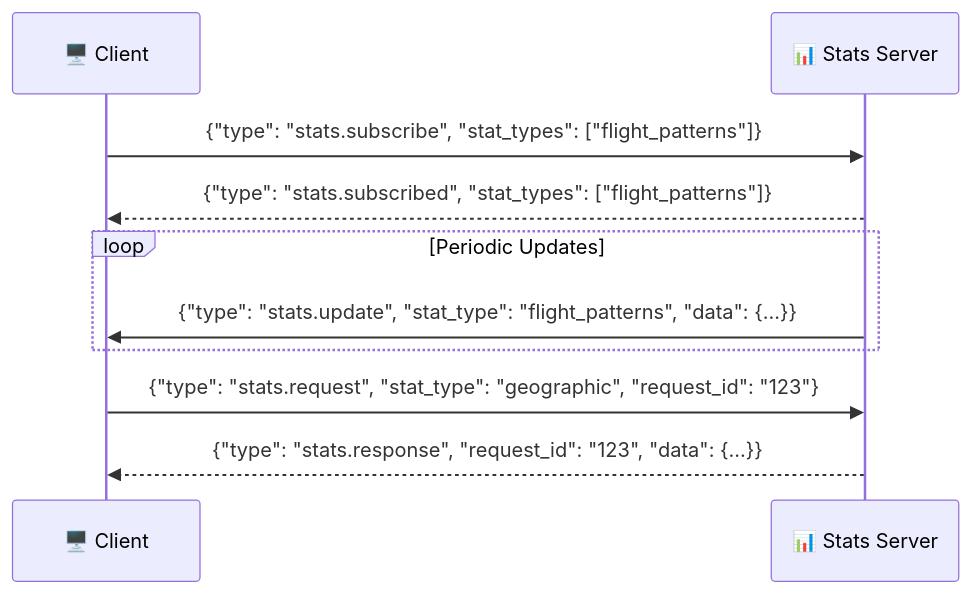
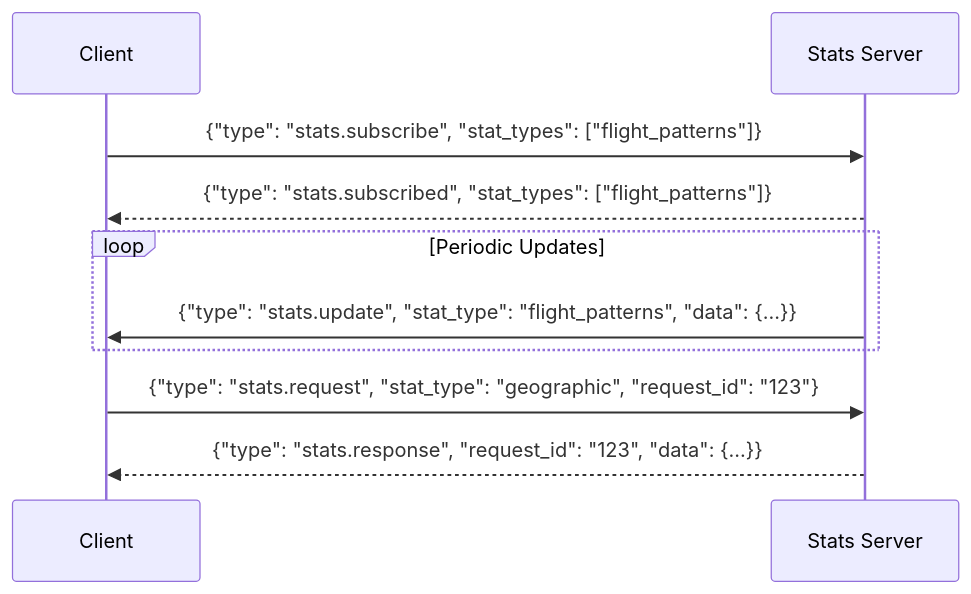
The fifth of 8 diagrams in docs/api-reference/websocket-api.md (CHA0S-CORP/SkySpyDocs), drawn with Mermaid before and after one commit. The commit also changed other lines of this file, not shown here.

````diff
--- a/docs/api-reference/websocket-api.md
+++ b/docs/api-reference/websocket-api.md
@@ -622,15 +620,15 @@
 ```mermaid
 sequenceDiagram
-    participant C as 🖥️ Client
-    participant S as 📊 Stats Server
+    participant C as Client
+    participant S as Stats Server
 
     C->>S: {"type": "stats.subscribe", "stat_types": ["flight_patterns"]}
     S-->>C: {"type": "stats.subscribed", "stat_types": ["flight_patterns"]}
 
     loop Periodic Updates
         S->>C: {"type": "stats.update", "stat_type": "flight_patterns", "data": {...}}
     end
 
     C->>S: {"type": "stats.request", "stat_type": "geographic", "request_id": "123"}
     S-->>C: {"type": "stats.response", "request_id": "123", "data": {...}}
 ```
````
